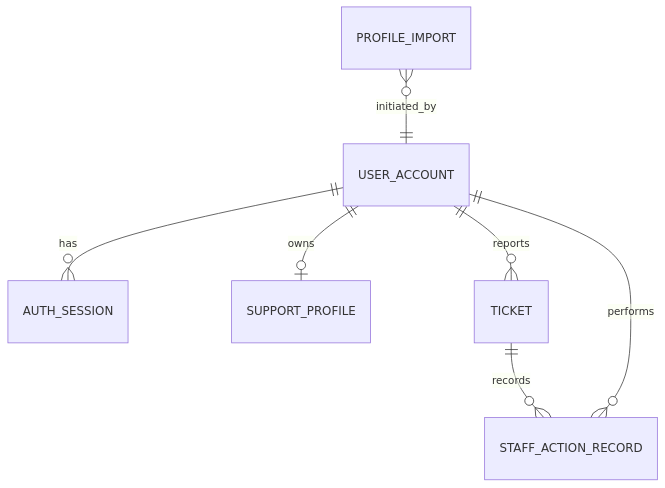
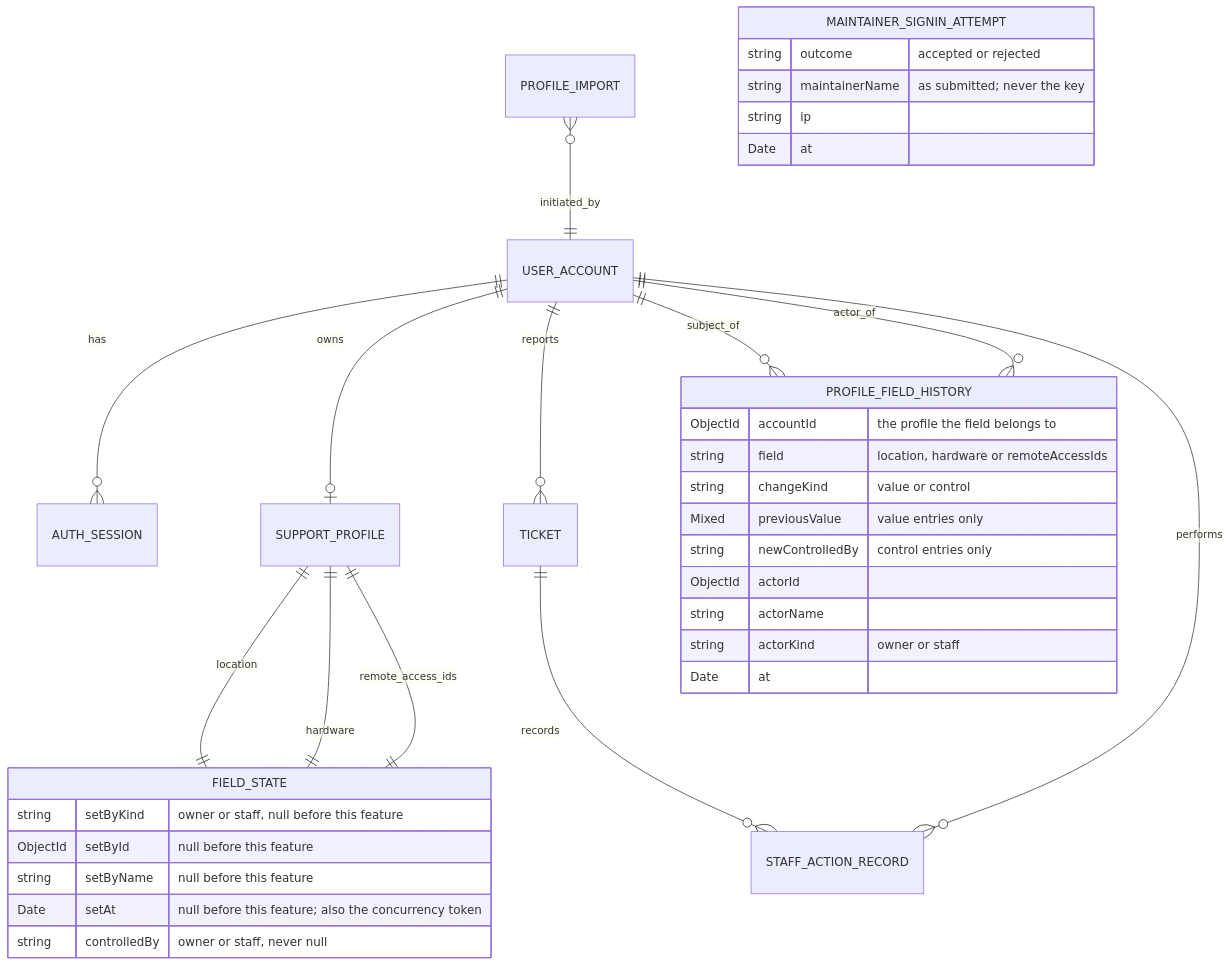
The diagram in docs/design/feature-004-roles-erd.md (6rzan/ai-helpdesk-agent), drawn with Mermaid before and after one commit. The commit also changed other lines of this file and 88 other files, not shown here.

First line of the commit message:
feat(007): maintainer console and staff-authoritative account editing

````diff
--- a/docs/design/feature-004-roles-erd.md
+++ b/docs/design/feature-004-roles-erd.md
@@ -3,9 +3,41 @@
 ```mermaid
 erDiagram
   USER_ACCOUNT ||--o{ AUTH_SESSION : has
   USER_ACCOUNT ||--o| SUPPORT_PROFILE : owns
   USER_ACCOUNT ||--o{ TICKET : reports
   TICKET ||--o{ STAFF_ACTION_RECORD : records
   USER_ACCOUNT ||--o{ STAFF_ACTION_RECORD : performs
   PROFILE_IMPORT }o--|| USER_ACCOUNT : initiated_by
+  SUPPORT_PROFILE ||--|| FIELD_STATE : location
+  SUPPORT_PROFILE ||--|| FIELD_STATE : hardware
+  SUPPORT_PROFILE ||--|| FIELD_STATE : remote_access_ids
+  USER_ACCOUNT ||--o{ PROFILE_FIELD_HISTORY : subject_of
+  USER_ACCOUNT ||--o{ PROFILE_FIELD_HISTORY : actor_of
+
+  FIELD_STATE {
+    string setByKind "owner or staff, null before this feature"
+    ObjectId setById "null before this feature"
+    string setByName "null before this feature"
+    Date setAt "null before this feature; also the concurrency token"
+    string controlledBy "owner or staff, never null"
+  }
+
+  PROFILE_FIELD_HISTORY {
+    ObjectId accountId "the profile the field belongs to"
+    string field "location, hardware or remoteAccessIds"
+    string changeKind "value or control"
+    Mixed previousValue "value entries only"
+    string newControlledBy "control entries only"
+    ObjectId actorId
+    string actorName
+    string actorKind "owner or staff"
+    Date at
+  }
+
+  MAINTAINER_SIGNIN_ATTEMPT {
+    string outcome "accepted or rejected"
+    string maintainerName "as submitted; never the key"
+    string ip
+    Date at
+  }
 ```
````
